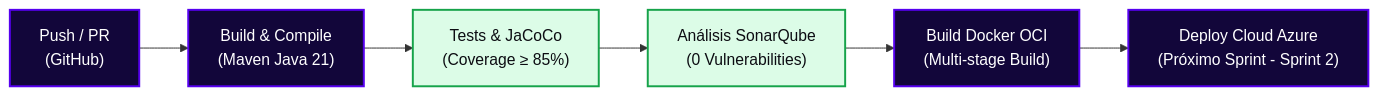
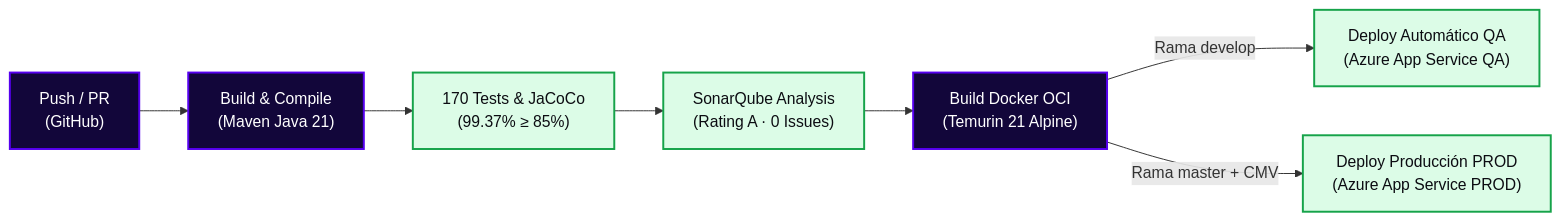
One commit to StyleRadar1/PT8080-Donations-Service changed the second of 2 diagrams in README.md. Above: the diagram before and after it, drawn with Mermaid. The commit also changed other lines of this file and 2 other files, not shown here.

Commit message:
docs(readme): alinear documentacion general, arquitectura y entregables sprint 2 con plantilla oficial

````diff
--- a/README.md
+++ b/README.md
@@ -735,14 +630,15 @@
 ```mermaid
 flowchart LR
     A["Push / PR<br>(GitHub)"] --> B["Build & Compile<br>(Maven Java 21)"]
-    B --> C["Tests & JaCoCo<br>(Coverage ≥ 85%)"]
-    C --> D["Análisis SonarQube<br>(0 Vulnerabilities)"]
-    D --> E["Build Docker OCI<br>(Multi-stage Build)"]
-    E --> F["Deploy Cloud Azure<br>(Próximo Sprint - Sprint 2)"]
+    B --> C["170 Tests & JaCoCo<br>(99.37% ≥ 85%)"]
+    C --> D["SonarQube Analysis<br>(Rating A · 0 Issues)"]
+    D --> E["Build Docker OCI<br>(Temurin 21 Alpine)"]
+    E -->|Rama develop| F["Deploy Automático QA<br>(Azure App Service QA)"]
+    E -->|Rama master + CMV| G["Deploy Producción PROD<br>(Azure App Service PROD)"]
 
     classDef step fill:#12063A,stroke:#5600EF,stroke-width:2px,color:#FFFFFF;
     classDef pass fill:#DCFCE7,stroke:#16A34A,stroke-width:2px,color:#0C0C12;
 
-    class A,B,E,F step;
-    class C,D pass;
+    class A,B,E step;
+    class C,D,F,G pass;
 ```
````
